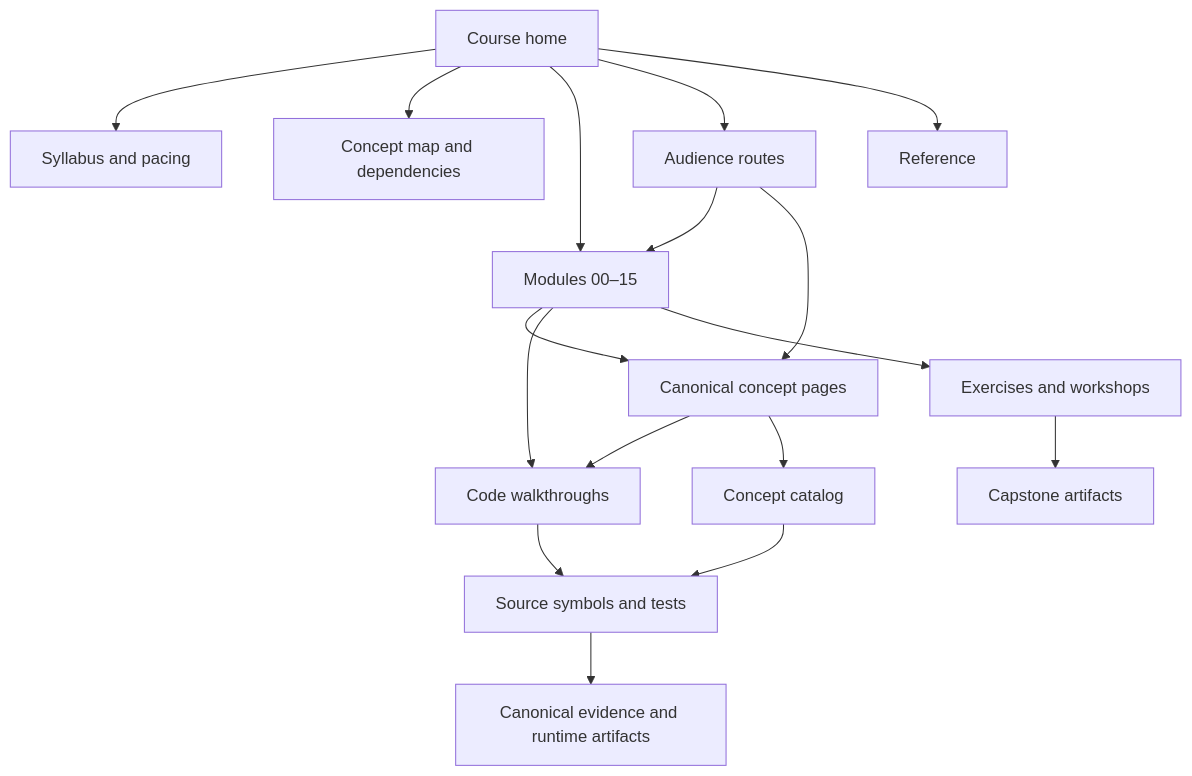
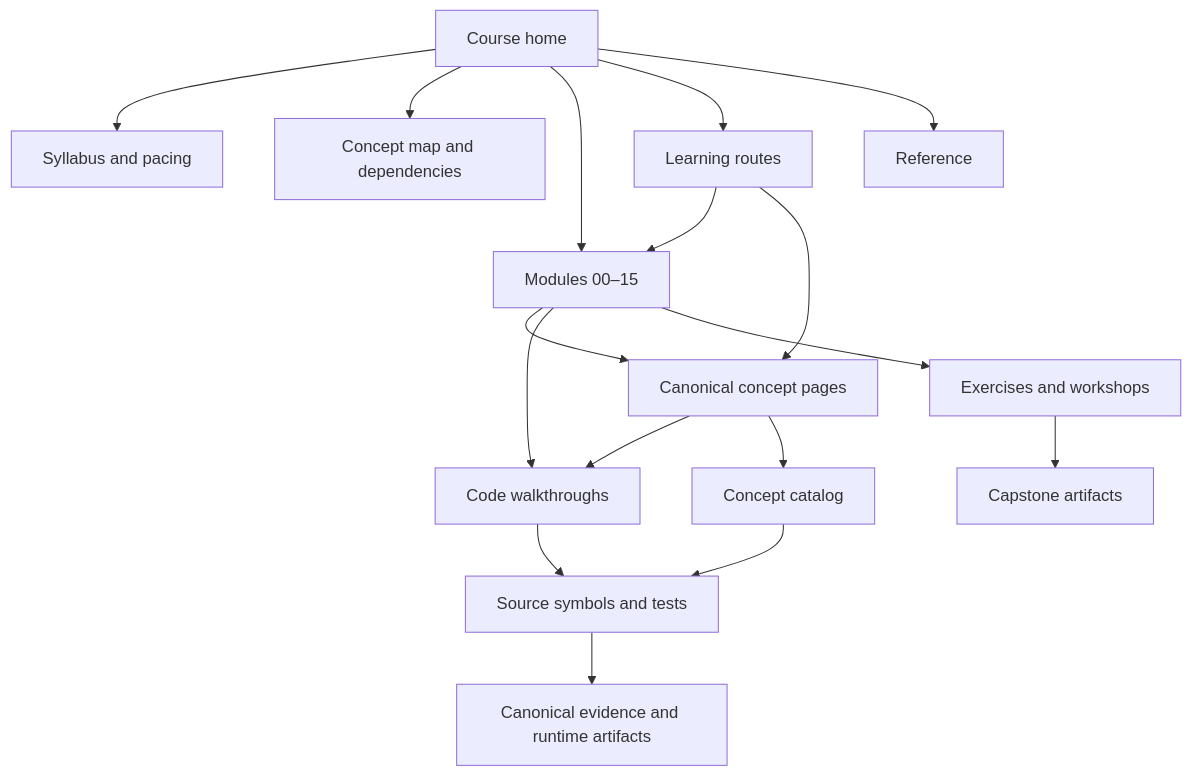
The diagram in docs/course/README.md (levalencia/archon), drawn with Mermaid before and after one commit. The commit also changed other lines of this file and 7 other files, not shown here.

````diff
--- a/docs/course/README.md
+++ b/docs/course/README.md
@@ -19,22 +19,22 @@
 ```mermaid
 flowchart TD
     Home[Course home] --> Syllabus[Syllabus and pacing]
     Home --> Map[Concept map and dependencies]
     Home --> Modules[Modules 00–15]
-    Home --> Tracks[Audience routes]
+    Home --> Tracks[Learning routes]
     Home --> Reference[Reference]
 
     Modules --> Concepts[Canonical concept pages]
     Tracks --> Modules
     Tracks --> Concepts
     Concepts --> Walkthroughs[Code walkthroughs]
     Modules --> Walkthroughs
 
     Concepts --> Catalog[Concept catalog]
     Walkthroughs --> Source[Source symbols and tests]
     Catalog --> Source
     Source --> Evidence[Canonical evidence and runtime artifacts]
 
     Modules --> Workshops[Exercises and workshops]
     Workshops --> Capstone[Capstone artifacts]
 ```
````
